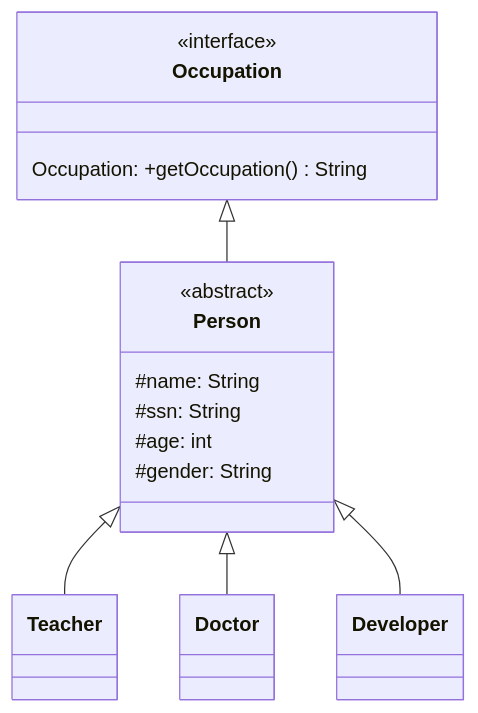
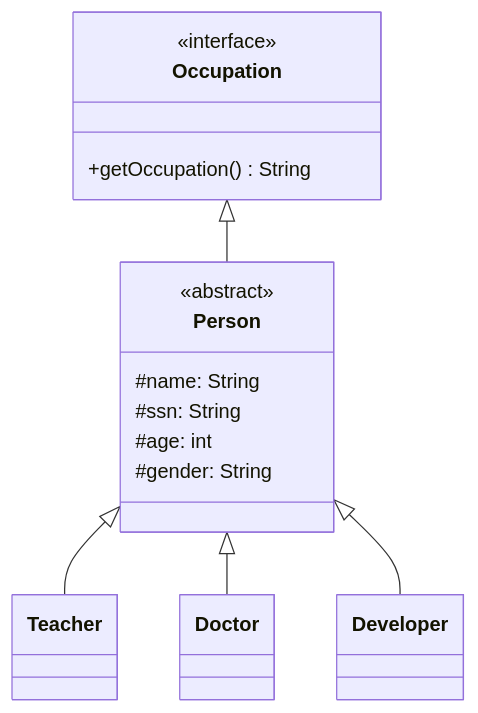
One commit to jwang1122/java changed the fifth of 25 diagrams in doc/java.md. Above: the diagram before and after it, drawn with Mermaid. The commit also changed other lines of this file and 4 other files, not shown here.

````diff
--- a/doc/java.md
+++ b/doc/java.md
@@ -480,21 +480,21 @@
 ```mermaid
 classDiagram
 
 class Occupation{
-  Occupation: +getOccupation() String
+  <<interface>>
+  +getOccupation() String
 }
-<<interface>> Occupation
 
 class Person{
+  <<abstract>>
   #name: String
   #ssn: String
   #age: int
   #gender: String
 }
-<<abstract>> Person
 
 Occupation <|-- Person
 Person <|-- Teacher
 Person <|-- Doctor
 Person <|-- Developer
 ```
````
